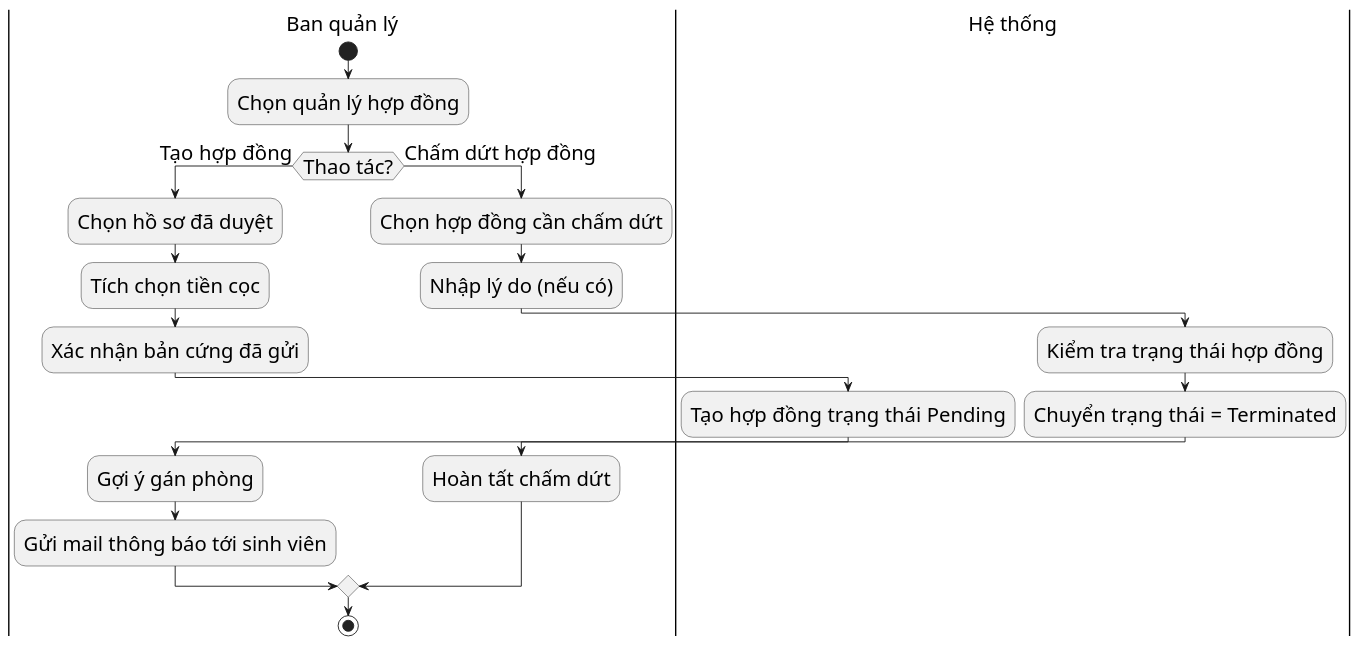
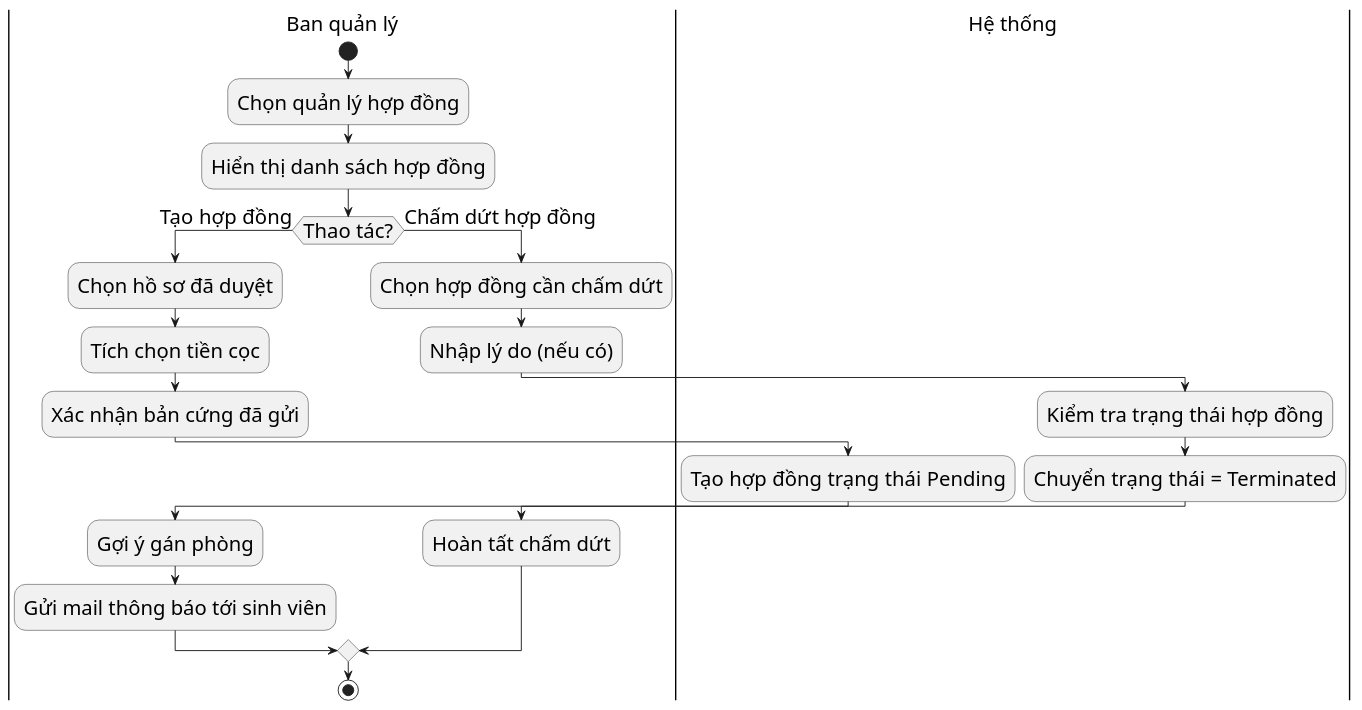
Before and after one commit to s0nbuildtech287/dormitory-frontend: the diagram in diagrams/nhomphonghopdong/contract_management_activity.puml, drawn with PlantUML.

```diff
--- a/diagrams/nhomphonghopdong/contract_management_activity.puml
+++ b/diagrams/nhomphonghopdong/contract_management_activity.puml
@@ -1,26 +1,27 @@
 @startuml "Contract Management Activity"
 skinparam defaultFontSize 22
 skinparam defaultFontName "Times New Roman"
 |Ban quản lý|
 start
 :Chọn quản lý hợp đồng;
+:Hiển thị danh sách hợp đồng;
 if (Thao tác?) then (Tạo hợp đồng)
   :Chọn hồ sơ đã duyệt;
   :Tích chọn tiền cọc;
   :Xác nhận bản cứng đã gửi;
   |Hệ thống|
   :Tạo hợp đồng trạng thái Pending;
   |Ban quản lý|
   :Gợi ý gán phòng;
   :Gửi mail thông báo tới sinh viên;
 else (Chấm dứt hợp đồng)
   :Chọn hợp đồng cần chấm dứt;
   :Nhập lý do (nếu có);
   |Hệ thống|
   :Kiểm tra trạng thái hợp đồng;
   :Chuyển trạng thái = Terminated;
   |Ban quản lý|
   :Hoàn tất chấm dứt;
 endif
 stop
 @enduml
```
